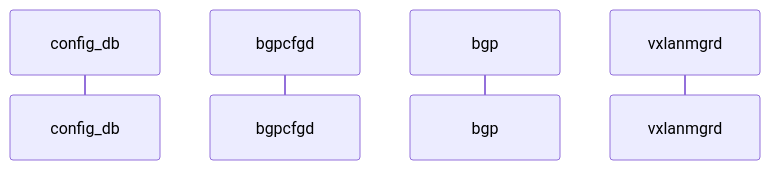
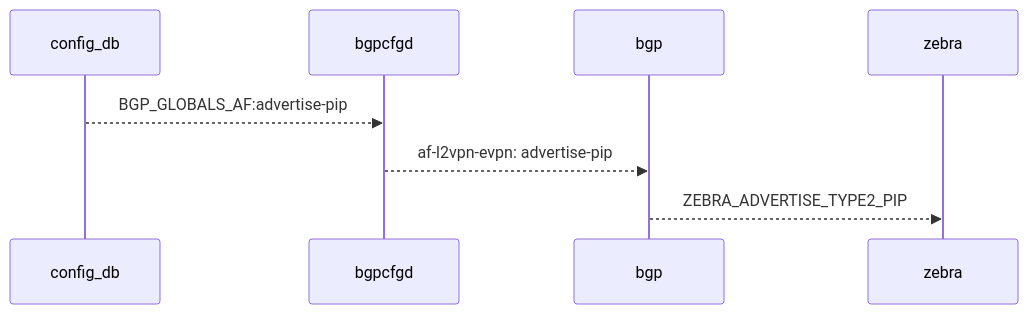
One commit to sg893052/sonic-buildimage changed the second of 2 diagrams in EVPN/LVTEP/evpn_vxlan_pip_hld.md. Above: the diagram before and after it, drawn with Mermaid. The commit also changed other lines of this file and 1 other file, not shown here.

````diff
--- a/EVPN/LVTEP/evpn_vxlan_pip_hld.md
+++ b/EVPN/LVTEP/evpn_vxlan_pip_hld.md
@@ -615,9 +742,11 @@
 ```mermaid
 sequenceDiagram
     participant config_db
     participant bgpcfgd
     participant bgp
-    participant vxlanmgrd
+    participant zebra
+    config_db-->>bgpcfgd: BGP_GLOBALS_AF:advertise-pip
+    bgpcfgd-->>bgp: af-l2vpn-evpn: advertise-pip
+    bgp-->>zebra: ZEBRA_ADVERTISE_TYPE2_PIP
     
-
 ```
````
